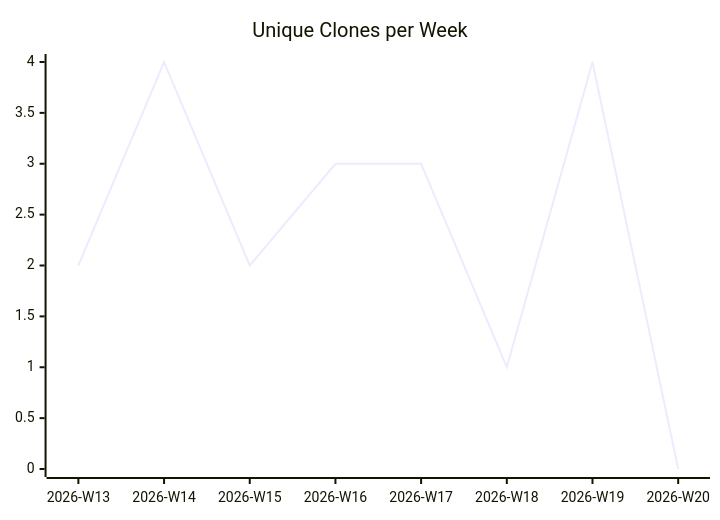
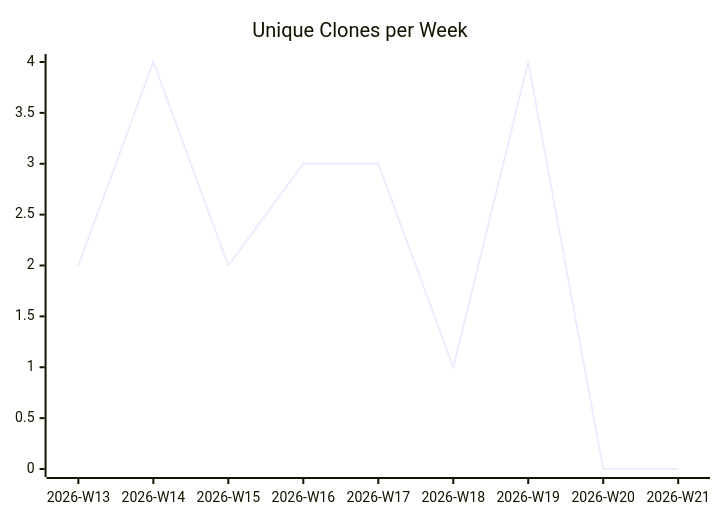
The third of 3 diagrams in karlmdavis/workstation-base-ansible-role/README.md (justdavis-family/github-analytics-data), drawn with Mermaid before and after one commit. The commit also changed other lines of this file and 189 other files, not shown here.

````diff
--- a/karlmdavis/workstation-base-ansible-role/README.md
+++ b/karlmdavis/workstation-base-ansible-role/README.md
@@ -19,6 +19,6 @@
 ```mermaid
 xychart-beta
   title "Unique Clones per Week"
-  x-axis ["2026-W13", "2026-W14", "2026-W15", "2026-W16", "2026-W17", "2026-W18", "2026-W19", "2026-W20"]
-  line [2, 4, 2, 3, 3, 1, 4, 0]
+  x-axis ["2026-W13", "2026-W14", "2026-W15", "2026-W16", "2026-W17", "2026-W18", "2026-W19", "2026-W20", "2026-W21"]
+  line [2, 4, 2, 3, 3, 1, 4, 0, 0]
 ```
````
